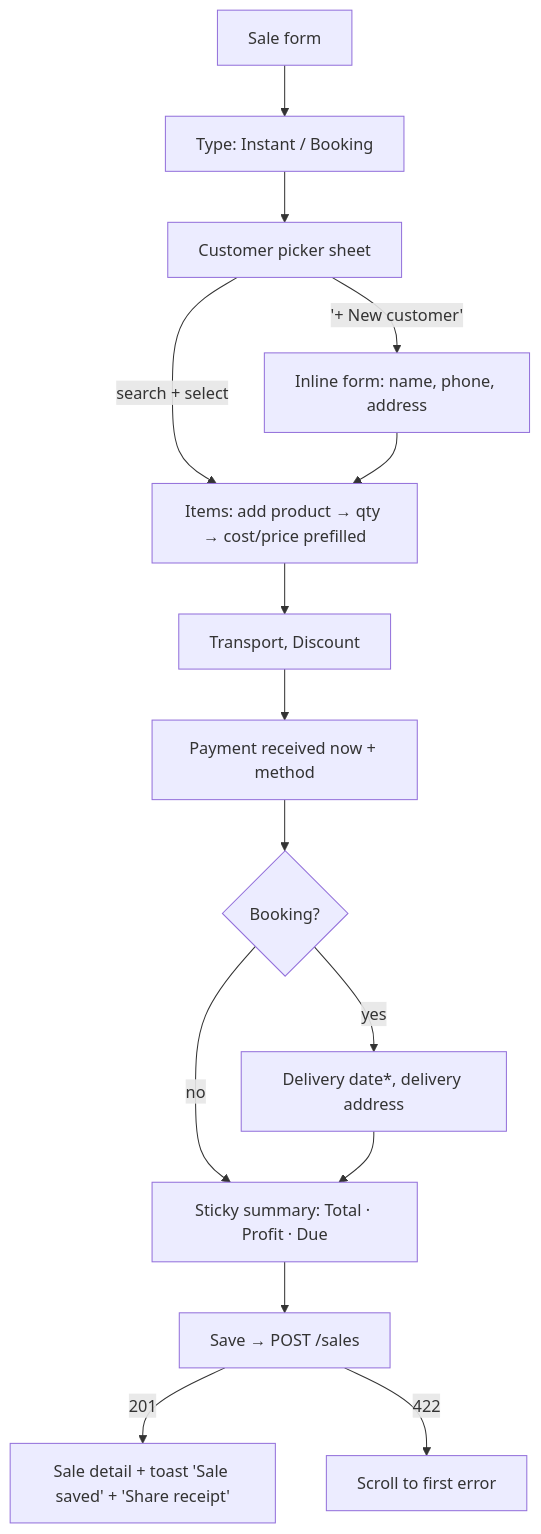
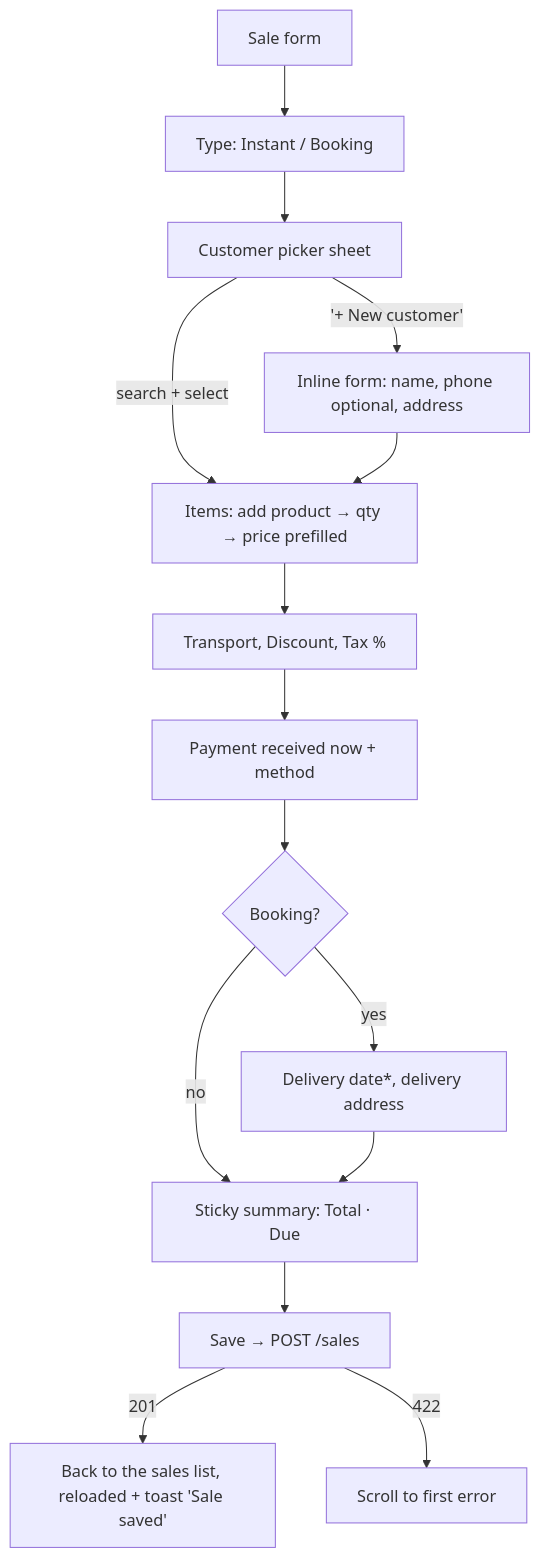
Before and after one commit to musarafhossain/FlyAsh: the third of 5 diagrams in docs/03-AppFlow.md, drawn with Mermaid. The commit also changed other lines of this file and 9 other files, not shown here.

````diff
--- a/docs/03-AppFlow.md
+++ b/docs/03-AppFlow.md
@@ -153,16 +157,16 @@
 ```mermaid
 flowchart TD
     A[Sale form] --> B[Type: Instant / Booking]
     B --> C[Customer picker sheet]
     C -- search + select --> D
-    C -- '+ New customer' --> C2[Inline form: name, phone, address] --> D
-    D[Items: add product → qty → cost/price prefilled] --> E[Transport, Discount]
+    C -- '+ New customer' --> C2[Inline form: name, phone optional, address] --> D
+    D[Items: add product → qty → price prefilled] --> E[Transport, Discount, Tax %]
     E --> F[Payment received now + method]
     F --> G{Booking?}
     G -- yes --> G2[Delivery date*, delivery address]
     G -- no --> H
-    G2 --> H[Sticky summary: Total · Profit · Due]
+    G2 --> H[Sticky summary: Total · Due]
     H --> I[Save → POST /sales]
-    I -- 201 --> J[Sale detail + toast 'Sale saved' + 'Share receipt']
+    I -- 201 --> J[Back to the sales list, reloaded + toast 'Sale saved']
     I -- 422 --> K[Scroll to first error]
 ```
````
